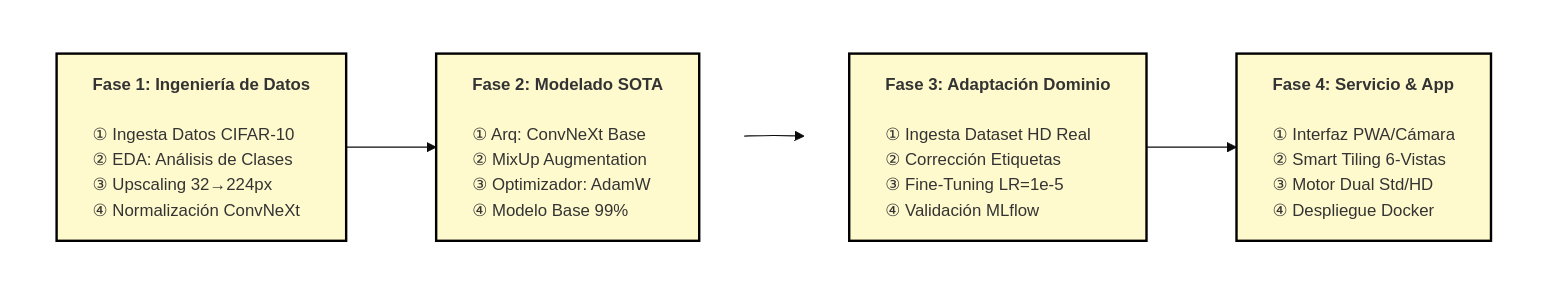
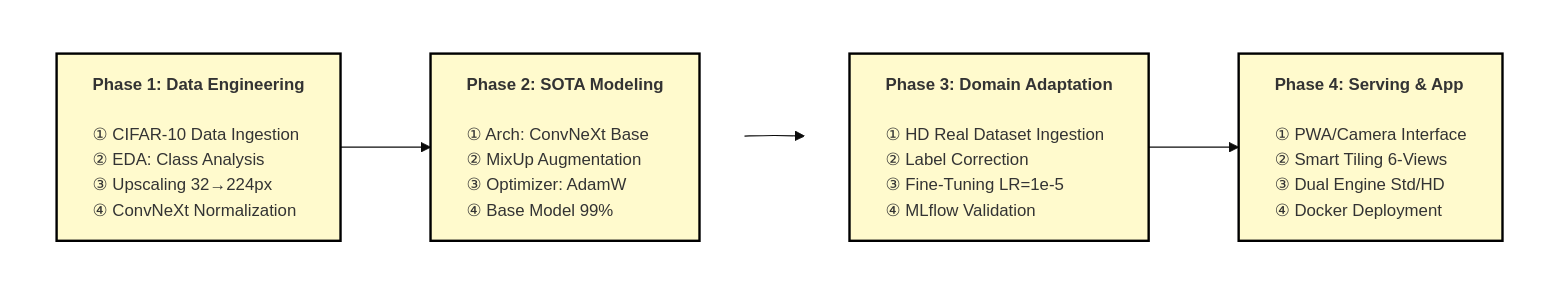
One commit to elsebasdev1/model_multilabel changed the diagram in README.md. Above: the diagram before and after it, drawn with Mermaid. The commit also changed other lines of this file and 1 other file, not shown here.

````diff
--- a/README.md
+++ b/README.md
@@ -27,28 +26,28 @@
 ```mermaid
 %%{init: {'theme':'base', 'themeVariables': { 'fontSize':'14px'}}}%%
 graph LR
-    subgraph FILA1[" "]
+    subgraph ROW1[" "]
         direction LR
-        A1["<b>Fase 1: Ingeniería de Datos</b><br/><br/>① Ingesta Datos CIFAR-10<br/>② EDA: Análisis de Clases<br/>③ Upscaling 32→224px<br/>④ Normalización ConvNeXt"]
-        A2["<b>Fase 2: Modelado SOTA</b><br/><br/>① Arq: ConvNeXt Base<br/>② MixUp Augmentation<br/>③ Optimizador: AdamW<br/>④ Modelo Base 99%"]
+        A1["<b>Phase 1: Data Engineering</b><br/><br/>① CIFAR-10 Data Ingestion<br/>② EDA: Class Analysis<br/>③ Upscaling 32→224px<br/>④ ConvNeXt Normalization"]
+        A2["<b>Phase 2: SOTA Modeling</b><br/><br/>① Arch: ConvNeXt Base<br/>② MixUp Augmentation<br/>③ Optimizer: AdamW<br/>④ Base Model 99%"]
     end
     
-    subgraph FILA2[" "]
+    subgraph ROW2[" "]
         direction LR
-        B1["<b>Fase 3: Adaptación Dominio</b><br/><br/>① Ingesta Dataset HD Real<br/>② Corrección Etiquetas<br/>③ Fine-Tuning LR=1e-5<br/>④ Validación MLflow"]
-        B2["<b>Fase 4: Servicio & App</b><br/><br/>① Interfaz PWA/Cámara<br/>② Smart Tiling 6-Vistas<br/>③ Motor Dual Std/HD<br/>④ Despliegue Docker"]
+        B1["<b>Phase 3: Domain Adaptation</b><br/><br/>① HD Real Dataset Ingestion<br/>② Label Correction<br/>③ Fine-Tuning LR=1e-5<br/>④ MLflow Validation"]
+        B2["<b>Phase 4: Serving & App</b><br/><br/>① PWA/Camera Interface<br/>② Smart Tiling 6-Views<br/>③ Dual Engine Std/HD<br/>④ Docker Deployment"]
     end
     
     A1 --> A2
     A2 --> B1
     B1 --> B2
     
-    FILA1 ~~~ FILA2
+    ROW1 ~~~ ROW2
     
     style A1 fill:#FFFACD,stroke:#000,stroke-width:2px,text-align:left
     style A2 fill:#FFFACD,stroke:#000,stroke-width:2px,text-align:left
     style B1 fill:#FFFACD,stroke:#000,stroke-width:2px,text-align:left
     style B2 fill:#FFFACD,stroke:#000,stroke-width:2px,text-align:left
-    style FILA1 fill:none,stroke:none
-    style FILA2 fill:none,stroke:none
+    style ROW1 fill:none,stroke:none
+    style ROW2 fill:none,stroke:none
 ```
````
